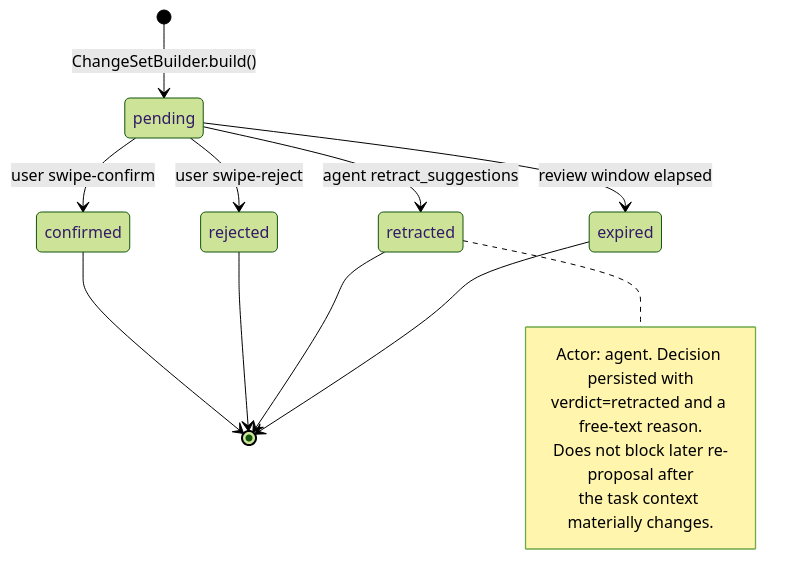
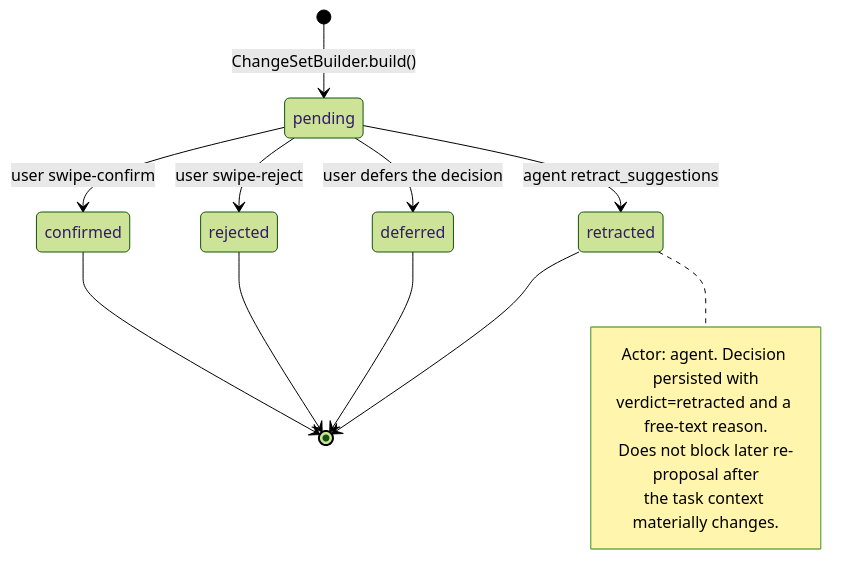
One commit to matthiasn/lotti changed diagram 11 of 17 in lib/features/agents/README.md. Above: the diagram before and after it, drawn with Mermaid (forest theme). The commit also changed other lines of this file and 43 other files, not shown here.

````diff
--- a/lib/features/agents/README.md
+++ b/lib/features/agents/README.md
@@ -1039,19 +1064,19 @@
 ```mermaid
 stateDiagram-v2
   [*] --> pending: ChangeSetBuilder.build()
   pending --> confirmed: user swipe-confirm
   pending --> rejected: user swipe-reject
+  pending --> deferred: user defers the decision
   pending --> retracted: agent retract_suggestions
-  pending --> expired: review window elapsed
   confirmed --> [*]
   rejected --> [*]
+  deferred --> [*]
   retracted --> [*]
-  expired --> [*]
 
   note right of retracted
     Actor: agent. Decision persisted with
     verdict=retracted and a free-text reason.
     Does not block later re-proposal after
     the task context materially changes.
   end note
 ```
````
